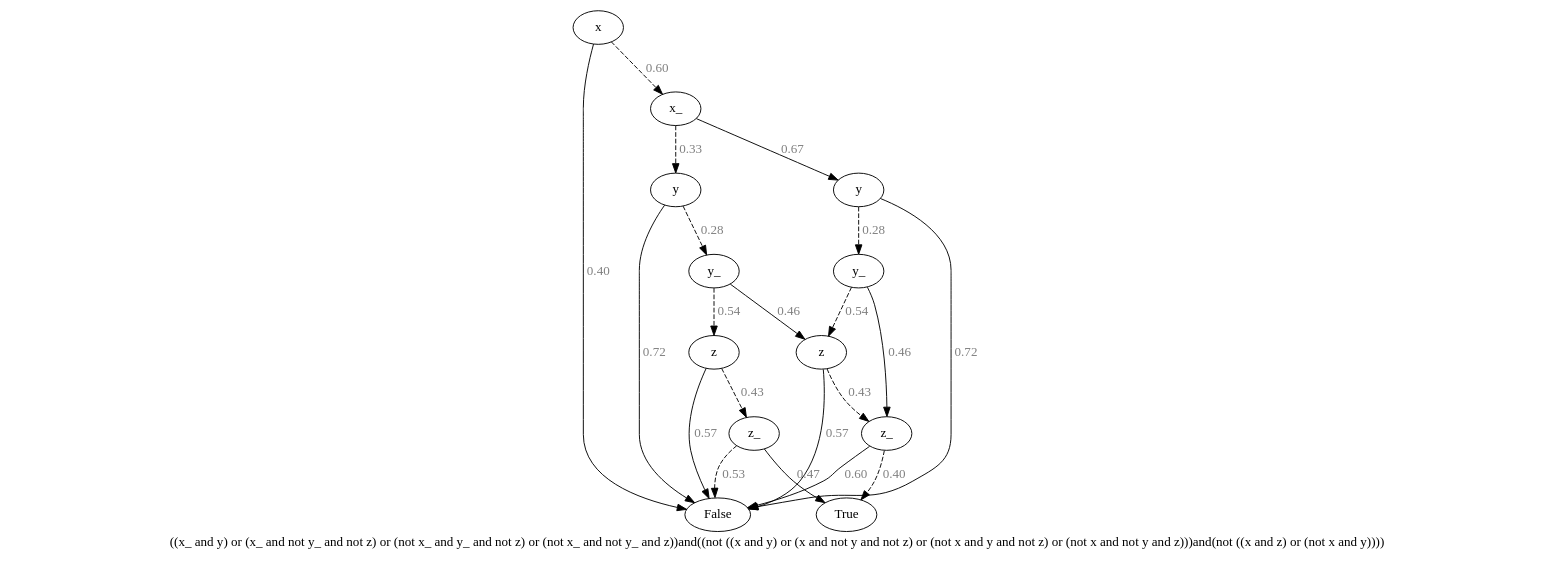
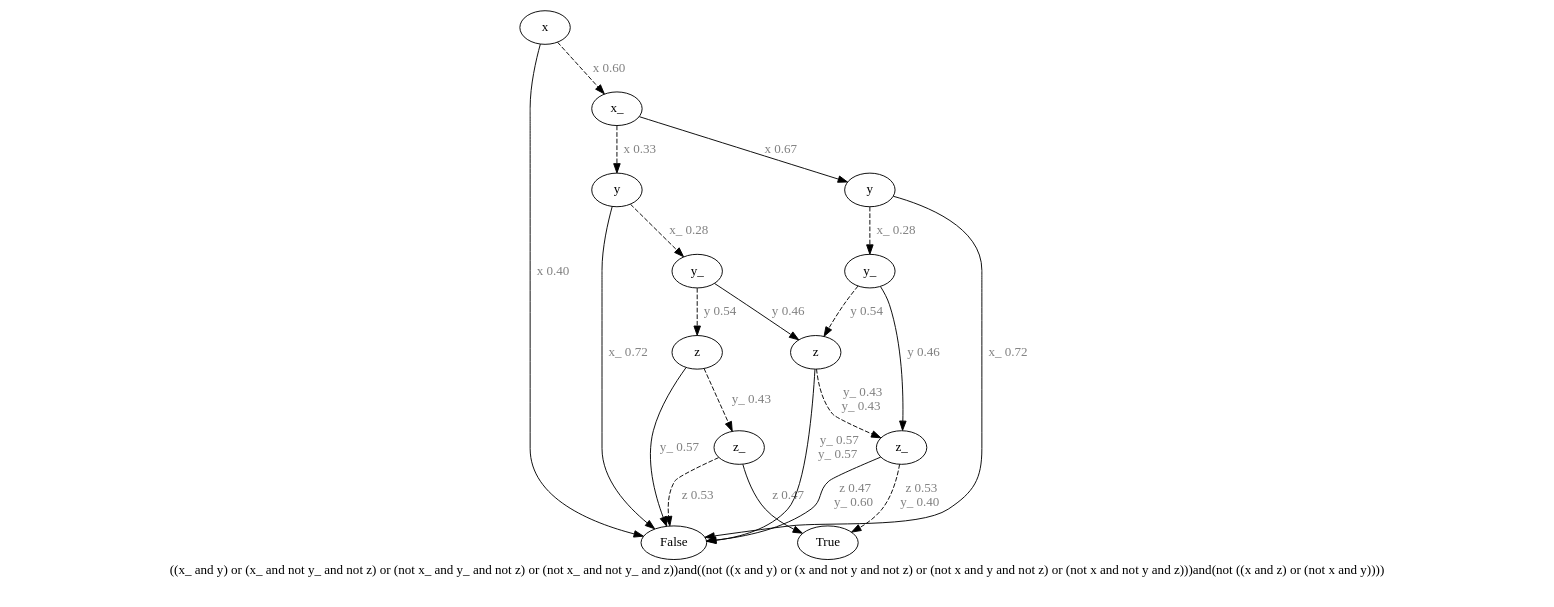
Before and after one commit to O1ez/IncreasingResilienceOfAutomatedVehicles: the diagram in out/test1/_start_5_bdd_fp.dot, drawn with Graphviz. The commit also changed 40 other files, not shown here.

```diff
--- a/out/test1/_start_5_bdd_fp.dot
+++ b/out/test1/_start_5_bdd_fp.dot
@@ -1,63 +1,63 @@
 digraph{
 label="((x_ and y) or (x_ and not y_ and not z) or (not x_ and y_ and not z) or (not x_ and not y_ and z))and((not ((x and y) or (x and not y and not z) or (not x and y and not z) or (not x and not y and z)))and(not ((x and z) or (not x and y))))\n\n"
-1192242500688[label=x]1192242501008[label="x_
+2201125788464[label=x]2201125788784[label="x_
 "]
-1192242500688 -> 1192242501008[style=dashed label="0.60" fontcolor = gray]
-1192242500368[label="y
+2201125788464 -> 2201125788784[style=dashed label=" x 0.60\n" fontcolor = gray]
+2201125788144[label="y
 "]
-1192242501008 -> 1192242500368[style=dashed label="0.33" fontcolor = gray]
-1192242499888[label="y_
+2201125788784 -> 2201125788144[style=dashed label=" x 0.33\n" fontcolor = gray]
+2201125787664[label="y_
 "]
-1192242500368 -> 1192242499888[style=dashed label="0.28" fontcolor = gray]
-1192242499408[label="z
+2201125788144 -> 2201125787664[style=dashed label=" x_ 0.28\n" fontcolor = gray]
+2201125787184[label="z
 "]
-1192242499888 -> 1192242499408[style=dashed label="0.54" fontcolor = gray]
-1192242501808[label="z_
+2201125787664 -> 2201125787184[style=dashed label=" y 0.54\n" fontcolor = gray]
+2201125789584[label="z_
 "]
-1192242499408 -> 1192242501808[style=dashed label="0.43" fontcolor = gray]
-1192242500528[label="False
+2201125787184 -> 2201125789584[style=dashed label=" y_ 0.43\n" fontcolor = gray]
+2201125788304[label="False
 "]
-1192242501808 -> 1192242500528[style=dashed label="0.53" fontcolor = gray]
-1192242500048[label="True
+2201125789584 -> 2201125788304[style=dashed label=" z 0.53\n" fontcolor = gray]
+2201125787824[label="True
 "]
-1192242501808 -> 1192242500048 [label="0.47" fontcolor = gray]
-1192242500528[label="False
+2201125789584 -> 2201125787824 [label=" z 0.47\n" fontcolor = gray]
+2201125788304[label="False
 "]
-1192242499408 -> 1192242500528 [label="0.57" fontcolor = gray]
-1192242501168[label="z
+2201125787184 -> 2201125788304 [label=" y_ 0.57\n" fontcolor = gray]
+2201125788944[label="z
 "]
-1192242499888 -> 1192242501168 [label="0.46" fontcolor = gray]
-1192242502928[label="z_
+2201125787664 -> 2201125788944 [label=" y 0.46\n" fontcolor = gray]
+2201125790704[label="z_
 "]
-1192242501168 -> 1192242502928[style=dashed label="0.43" fontcolor = gray]
-1192242500048[label="True
+2201125788944 -> 2201125790704[style=dashed label="  y_ 0.43\ny_ 0.43\n" fontcolor = gray]
+2201125787824[label="True
 "]
-1192242502928 -> 1192242500048[style=dashed label="0.40" fontcolor = gray]
-1192242500528[label="False
+2201125790704 -> 2201125787824[style=dashed label="  z 0.53\ny_ 0.40\n" fontcolor = gray]
+2201125788304[label="False
 "]
-1192242502928 -> 1192242500528 [label="0.60" fontcolor = gray]
-1192242500528[label="False
+2201125790704 -> 2201125788304 [label="  z 0.47\ny_ 0.60\n" fontcolor = gray]
+2201125788304[label="False
 "]
-1192242501168 -> 1192242500528 [label="0.57" fontcolor = gray]
-1192242500528[label="False
+2201125788944 -> 2201125788304 [label="  y_ 0.57\ny_ 0.57\n" fontcolor = gray]
+2201125788304[label="False
 "]
-1192242500368 -> 1192242500528 [label="0.72" fontcolor = gray]
-1192242500208[label="y
+2201125788144 -> 2201125788304 [label=" x_ 0.72\n" fontcolor = gray]
+2201125787984[label="y
 "]
-1192242501008 -> 1192242500208 [label="0.67" fontcolor = gray]
-1192242504848[label="y_
+2201125788784 -> 2201125787984 [label=" x 0.67\n" fontcolor = gray]
+2201125792624[label="y_
 "]
-1192242500208 -> 1192242504848[style=dashed label="0.28" fontcolor = gray]
-1192242501168[label="z
+2201125787984 -> 2201125792624[style=dashed label=" x_ 0.28\n" fontcolor = gray]
+2201125788944[label="z
 "]
-1192242504848 -> 1192242501168[style=dashed label="0.54" fontcolor = gray]
-1192242502928[label="z_
+2201125792624 -> 2201125788944[style=dashed label=" y 0.54\n" fontcolor = gray]
+2201125790704[label="z_
 "]
-1192242504848 -> 1192242502928 [label="0.46" fontcolor = gray]
-1192242500528[label="False
+2201125792624 -> 2201125790704 [label=" y 0.46\n" fontcolor = gray]
+2201125788304[label="False
 "]
-1192242500208 -> 1192242500528 [label="0.72" fontcolor = gray]
-1192242500528[label="False
+2201125787984 -> 2201125788304 [label=" x_ 0.72\n" fontcolor = gray]
+2201125788304[label="False
 "]
-1192242500688 -> 1192242500528 [label="0.40" fontcolor = gray]
+2201125788464 -> 2201125788304 [label=" x 0.40\n" fontcolor = gray]
 }
```
